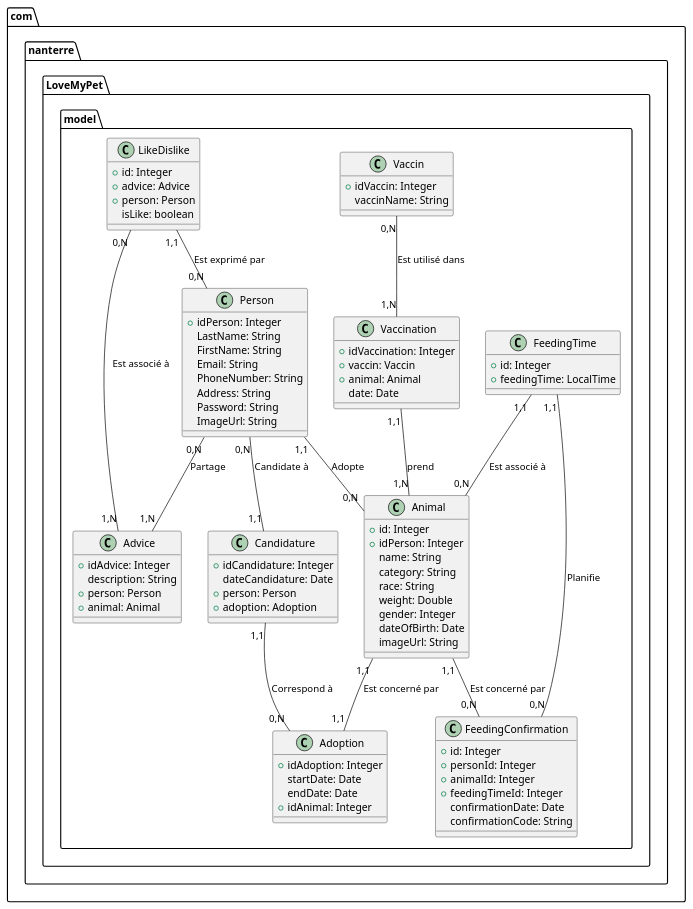
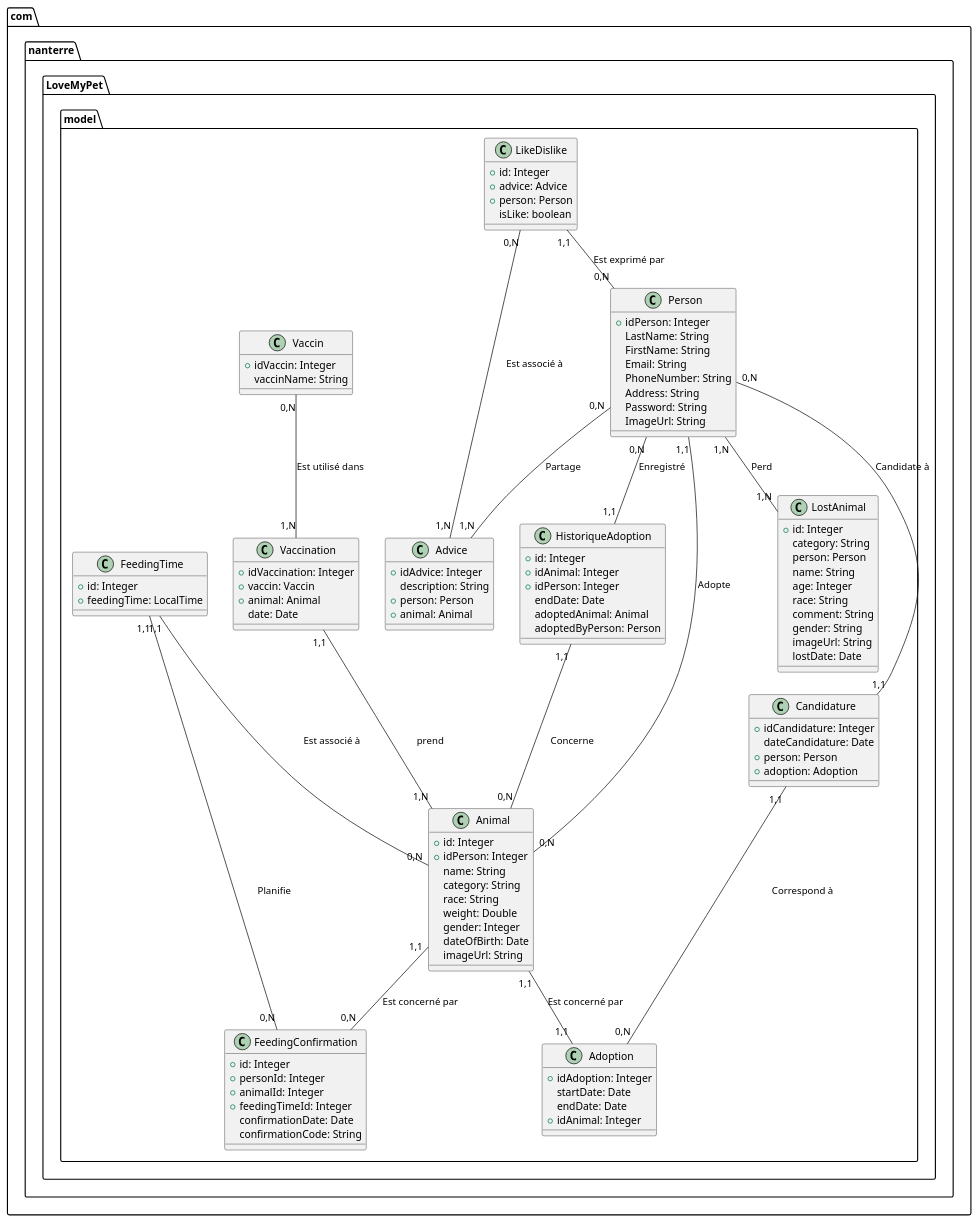
Before and after one commit to malek62-info/LoveMyPet: the fifth of 5 diagrams in docs/documentation.adoc, drawn with PlantUML. The commit also changed 48 other files, not shown here.

```diff
--- a/docs/documentation.adoc
+++ b/docs/documentation.adoc
@@ -933,6 +933,26 @@
     +id: Integer
     +feedingTime: LocalTime
   }
+  class HistoriqueAdoption {
+    +id: Integer
+    +idAnimal: Integer
+    +idPerson: Integer
+    endDate: Date
+    adoptedAnimal: Animal
+    adoptedByPerson: Person
+  }
+  class LostAnimal {
+  +id: Integer
+  category: String
+  person: Person
+  name: String
+  age: Integer
+  race: String
+  comment: String
+  gender: String
+  imageUrl: String
+  lostDate: Date
+}
 }
 
 Person   --  Animal : "1,1" Adopte "0,N"
@@ -947,7 +967,9 @@
 FeedingTime -- FeedingConfirmation : "1,1" Planifie "0,N"
 FeedingTime -- Animal : "1,1" Est associé à "0,N"
 LikeDislike -- Advice : "0,N" Est associé à "1,N"
-
+Person -- HistoriqueAdoption : "0,N" Enregistré "1,1"
+HistoriqueAdoption -- Animal : "1,1" Concerne "0,N"
+Person -- LostAnimal : "1,N" Perd "1,N"
 
 @enduml
 
```
